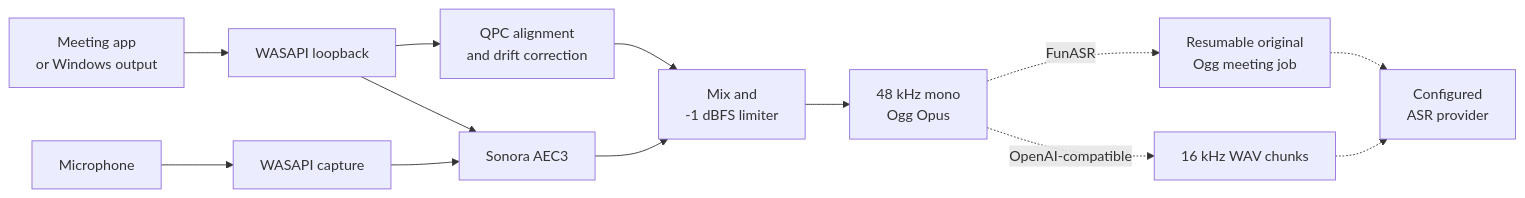
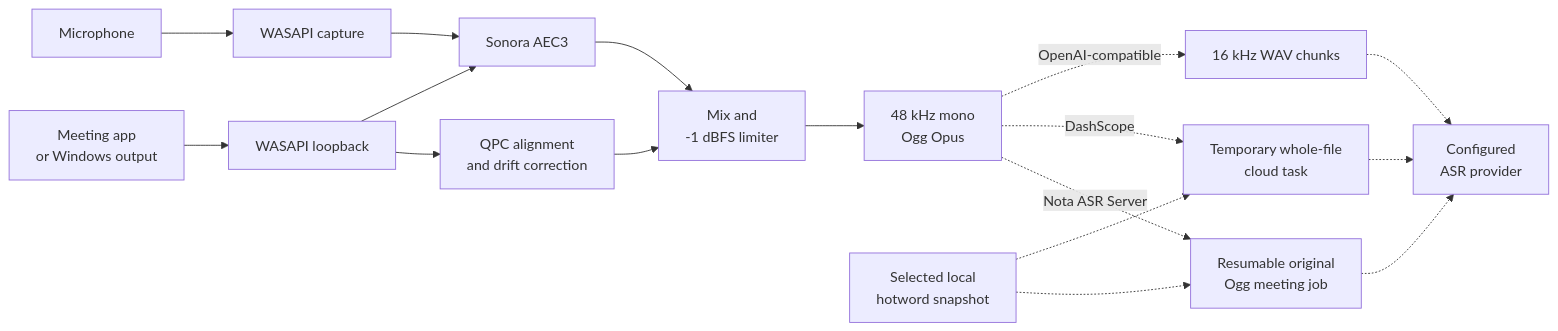
Before and after one commit to kwp-lab/nota: the diagram in README.md, drawn with Mermaid. The commit also changed other lines of this file and 1 other file, not shown here.

Commit message:
docs: highlight hotword library

````diff
--- a/README.md
+++ b/README.md
@@ -85,15 +86,19 @@
 ```mermaid
 flowchart LR
     A["Meeting app<br>or Windows output"] --> B["WASAPI loopback"]
     C["Microphone"] --> D["WASAPI capture"]
     B --> E["QPC alignment<br>and drift correction"]
     D --> F["Sonora AEC3"]
     B --> F
     E --> G["Mix and<br>-1 dBFS limiter"]
     F --> G
     G --> H["48 kHz mono<br>Ogg Opus"]
-    H -. "FunASR" .-> I["Resumable original<br>Ogg meeting job"]
+    H -. "Nota ASR Server" .-> I["Resumable original<br>Ogg meeting job"]
+    H -. "DashScope" .-> L["Temporary whole-file<br>cloud task"]
     H -. "OpenAI-compatible" .-> K["16 kHz WAV chunks"]
+    V["Selected local<br>hotword snapshot"] -.-> I
+    V -.-> L
     I -.-> J["Configured<br>ASR provider"]
+    L -.-> J
     K -.-> J
 ```
````
